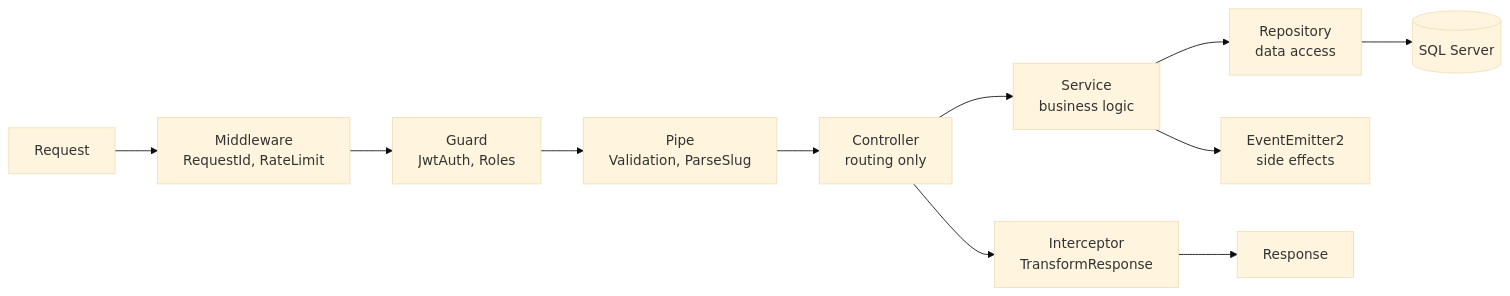
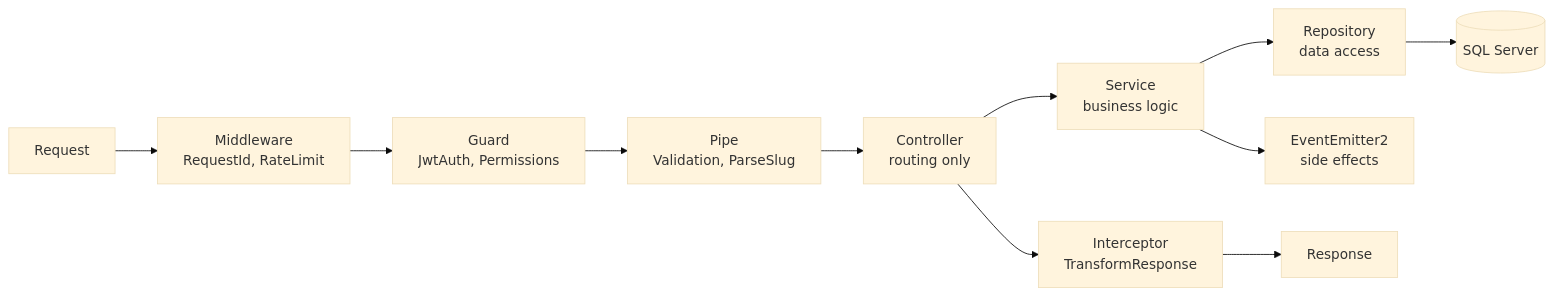
The second of 3 diagrams in backend-nestjs/docs/BE-ARCHITECTURE.md (Hy-Khang/E-commerce-shop-Amazon-), drawn with Mermaid (base theme) before and after one commit. The commit also changed other lines of this file and 35 other files, not shown here.

Commit message:
feat: implement admin dashboard with analytics, inventory monitoring, and modular feature architecture

````diff
--- a/backend-nestjs/docs/BE-ARCHITECTURE.md
+++ b/backend-nestjs/docs/BE-ARCHITECTURE.md
@@ -135,13 +144,13 @@
 ```mermaid
 graph LR
     R[Request] --> MW[Middleware<br/>RequestId, RateLimit]
-    MW --> G[Guard<br/>JwtAuth, Roles]
+    MW --> G[Guard<br/>JwtAuth, Permissions]
     G --> P[Pipe<br/>Validation, ParseSlug]
     P --> C[Controller<br/>routing only]
     C --> S[Service<br/>business logic]
     S --> Repo[Repository<br/>data access]
     Repo --> DB[(SQL Server)]
     S --> EV[EventEmitter2<br/>side effects]
     C --> I[Interceptor<br/>TransformResponse]
     I --> Res[Response]
 ```
````
